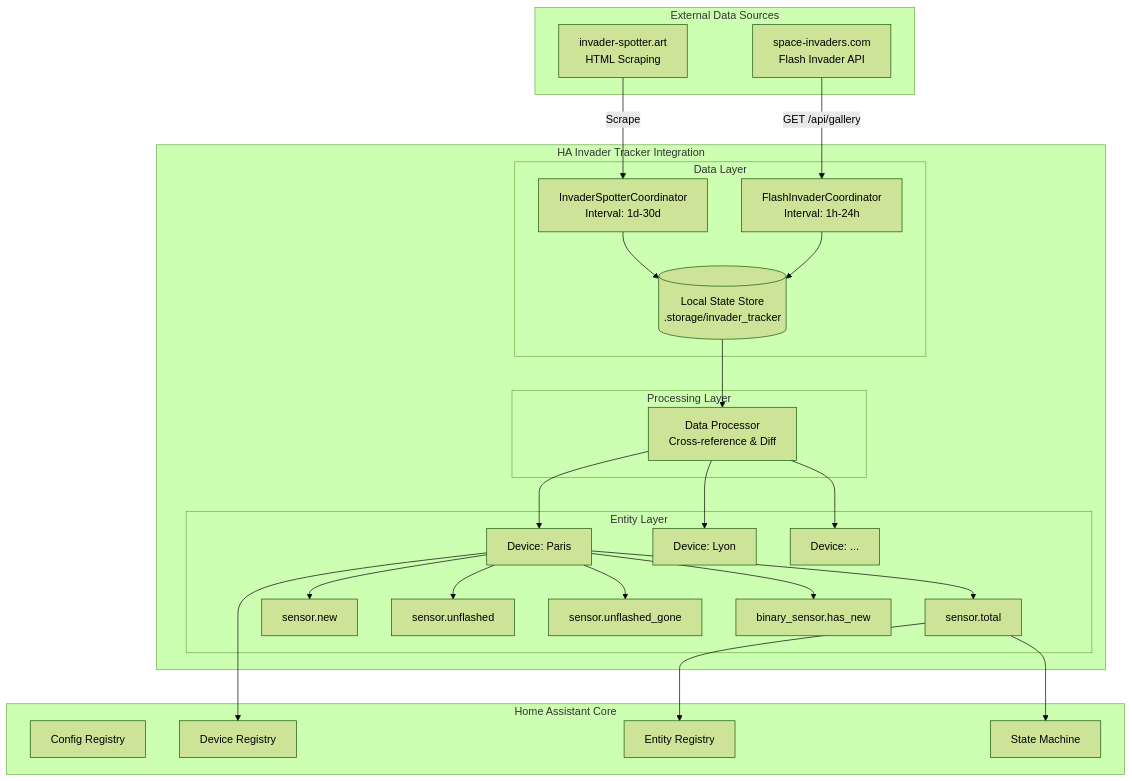
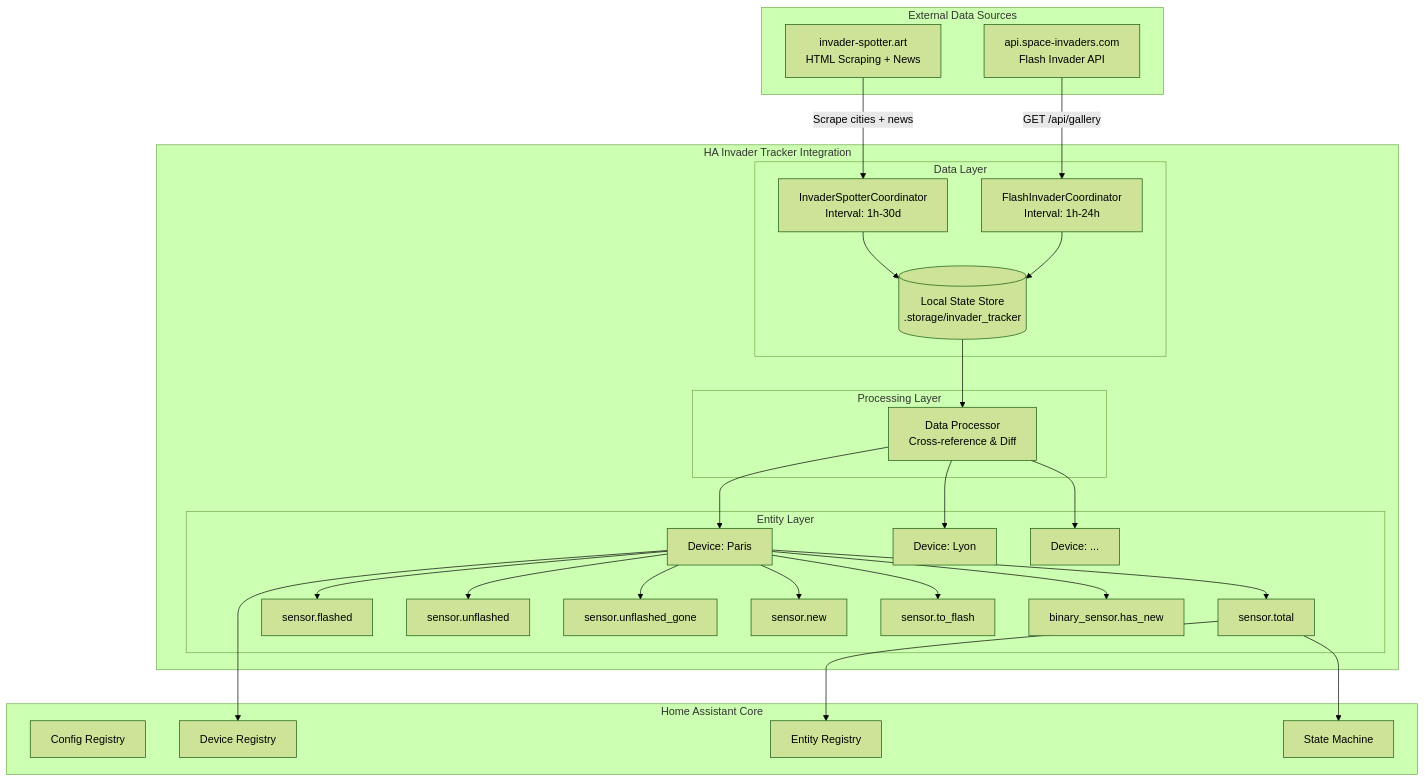
One commit to Trolent/HA-Invader-Tracker changed the first of 6 diagrams in docs/architecture.md. Above: the diagram before and after it, drawn with Mermaid (forest theme). The commit also changed other lines of this file and 26 other files, not shown here.

````diff
--- a/docs/architecture.md
+++ b/docs/architecture.md
@@ -62,50 +65,52 @@
 ```mermaid
 graph TB
     subgraph "External Data Sources"
-        IS[invader-spotter.art<br/>HTML Scraping]
-        FI[space-invaders.com<br/>Flash Invader API]
+        IS[invader-spotter.art<br/>HTML Scraping + News]
+        FI[api.space-invaders.com<br/>Flash Invader API]
     end
 
     subgraph "HA Invader Tracker Integration"
         subgraph "Data Layer"
-            ISC[InvaderSpotterCoordinator<br/>Interval: 1d-30d]
+            ISC[InvaderSpotterCoordinator<br/>Interval: 1h-30d]
             FIC[FlashInvaderCoordinator<br/>Interval: 1h-24h]
             STORE[(Local State Store<br/>.storage/invader_tracker)]
         end
 
         subgraph "Processing Layer"
             PROC[Data Processor<br/>Cross-reference & Diff]
         end
 
         subgraph "Entity Layer"
             DEV1[Device: Paris]
             DEV2[Device: Lyon]
             DEV3[Device: ...]
 
             DEV1 --> S1[sensor.total]
-            DEV1 --> S2[sensor.new]
+            DEV1 --> S2[sensor.flashed]
             DEV1 --> S3[sensor.unflashed]
             DEV1 --> S4[sensor.unflashed_gone]
+            DEV1 --> S5[sensor.new]
+            DEV1 --> S6[sensor.to_flash]
             DEV1 --> B1[binary_sensor.has_new]
         end
     end
 
     subgraph "Home Assistant Core"
         CR[Config Registry]
         DR[Device Registry]
         ER[Entity Registry]
         ST[State Machine]
     end
 
-    IS -->|Scrape| ISC
+    IS -->|Scrape cities + news| ISC
     FI -->|GET /api/gallery| FIC
     ISC --> STORE
     FIC --> STORE
     STORE --> PROC
     PROC --> DEV1
     PROC --> DEV2
     PROC --> DEV3
     DEV1 --> DR
     S1 --> ER
     S1 --> ST
 ```
````
